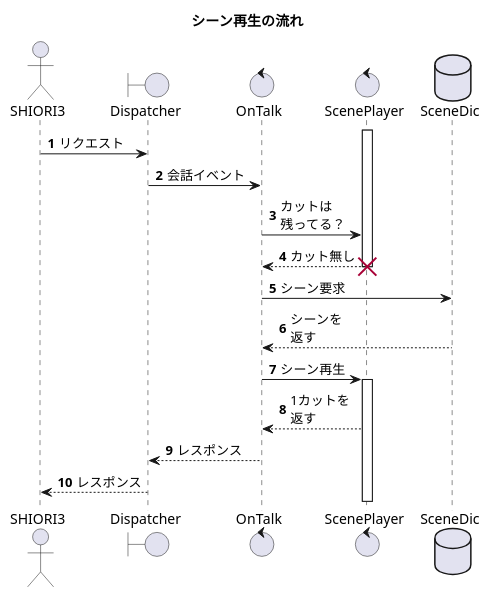
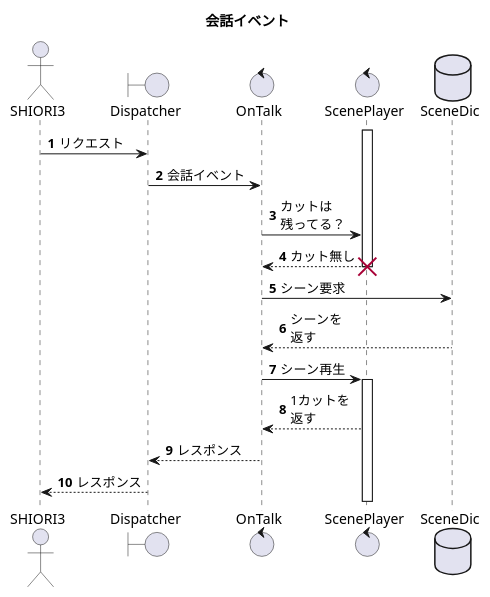
Before and after one commit to ekicyou/pasta-rs: the diagram in note/scene.pu, drawn with PlantUML. The commit also changed 4 other files, not shown here.

```diff
--- a/note/scene.pu
+++ b/note/scene.pu
@@ -1,27 +1,27 @@
 @startuml
-title シーン再生の流れ
+title 会話イベント
 autonumber
 
 actor SHIORI3
 boundary Dispatcher
 control OnTalk
 control ScenePlayer
 database SceneDic
 
 activate ScenePlayer
 SHIORI3 -> Dispatcher: リクエスト
 Dispatcher -> OnTalk: 会話イベント
 OnTalk -> ScenePlayer: カットは\n残ってる？
 ScenePlayer --> OnTalk: カット無し
 destroy ScenePlayer
 OnTalk -> SceneDic: シーン要求
 SceneDic --> OnTalk: シーンを\n返す
 
 OnTalk -> ScenePlayer: シーン再生
 activate ScenePlayer
 
 ScenePlayer --> OnTalk: 1カットを\n返す 
 OnTalk --> Dispatcher: レスポンス
 Dispatcher --> SHIORI3: レスポンス
 
 @enduml
```
